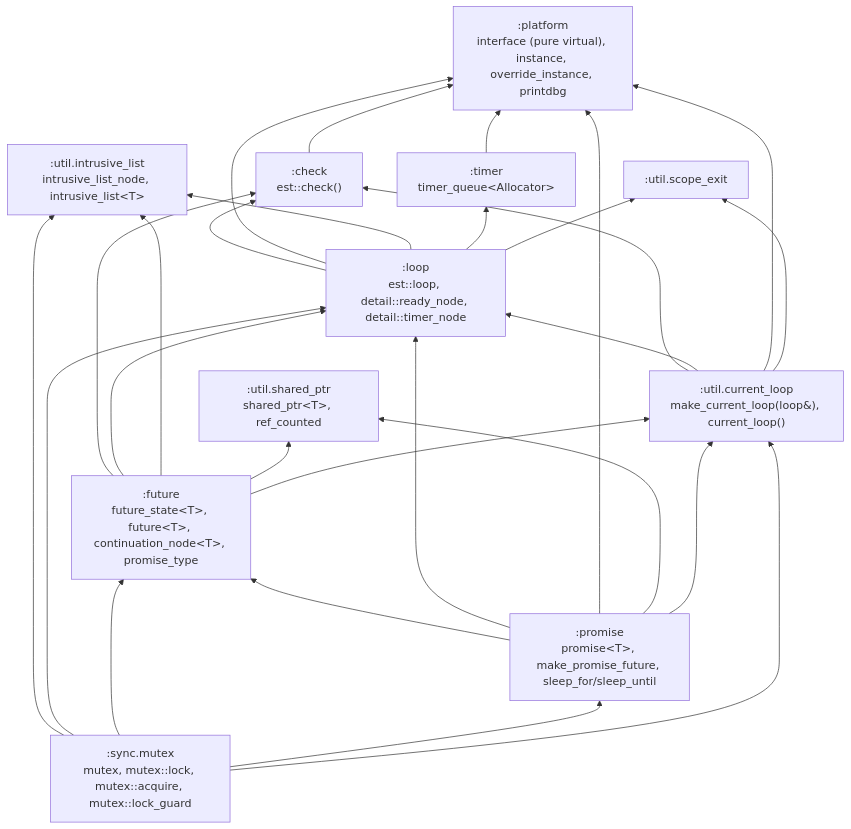
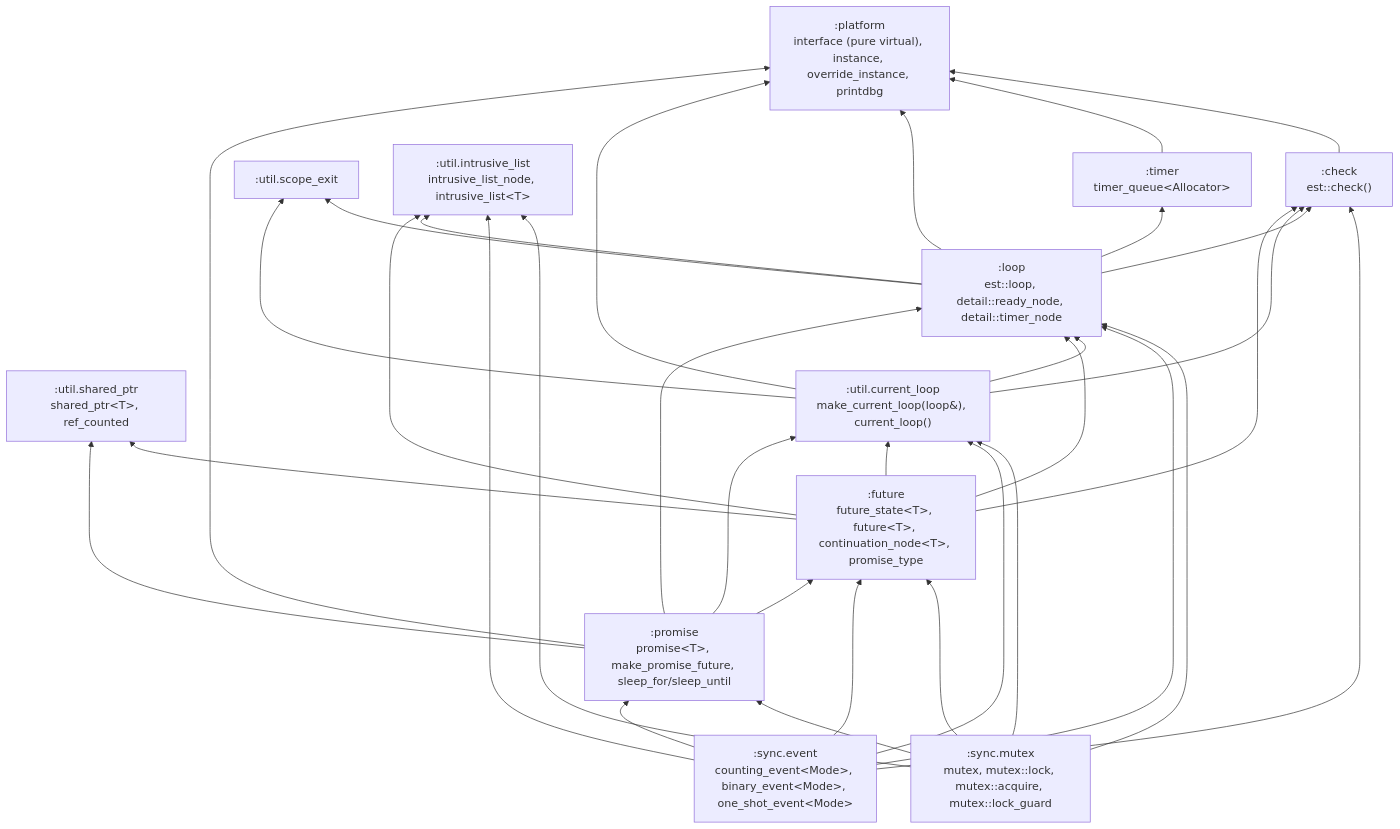
The first of 2 diagrams in docs/wiki/Architecture.md (andijcr/async_experiments), drawn with Mermaid before and after one commit. The commit also changed other lines of this file and 7 other files, not shown here.

First line of the commit message:
Add counting_event<Mode>, binary_event<Mode>, one_shot_event<Mode>

````diff
--- a/docs/wiki/Architecture.md
+++ b/docs/wiki/Architecture.md
@@ -10,41 +10,48 @@
 ```mermaid
 graph BT
   platform[":platform<br/>interface (pure virtual), instance, override_instance, printdbg"]
   check[":check<br/>est::check()"]
   scope_exit[":util.scope_exit"]
   shared_ptr[":util.shared_ptr<br/>shared_ptr&lt;T&gt;, ref_counted"]
   intrusive_list[":util.intrusive_list<br/>intrusive_list_node, intrusive_list&lt;T&gt;"]
   mutex[":sync.mutex<br/>mutex, mutex::lock, mutex::acquire, mutex::lock_guard"]
+  event[":sync.event<br/>counting_event&lt;Mode&gt;, binary_event&lt;Mode&gt;, one_shot_event&lt;Mode&gt;"]
   timer[":timer<br/>timer_queue&lt;Allocator&gt;"]
   loop[":loop<br/>est::loop, detail::ready_node, detail::timer_node"]
   current_loop[":util.current_loop<br/>make_current_loop(loop&amp;), current_loop()"]
   future[":future<br/>future_state&lt;T&gt;, future&lt;T&gt;, continuation_node&lt;T&gt;, promise_type"]
   promise[":promise<br/>promise&lt;T&gt;, make_promise_future, sleep_for/sleep_until"]
 
   check --> platform
   mutex --> intrusive_list
   mutex --> loop
   mutex --> future
   mutex --> promise
   mutex --> current_loop
+  event --> check
+  event --> intrusive_list
+  event --> loop
+  event --> future
+  event --> promise
+  event --> current_loop
   timer --> platform
   loop --> check
   loop --> platform
   loop --> intrusive_list
   loop --> timer
   loop --> scope_exit
   current_loop --> check
   current_loop --> loop
   current_loop --> platform
   current_loop --> scope_exit
   future --> check
   future --> loop
   future --> intrusive_list
   future --> shared_ptr
   future --> current_loop
   promise --> future
   promise --> loop
   promise --> platform
   promise --> shared_ptr
   promise --> current_loop
 ```
````
